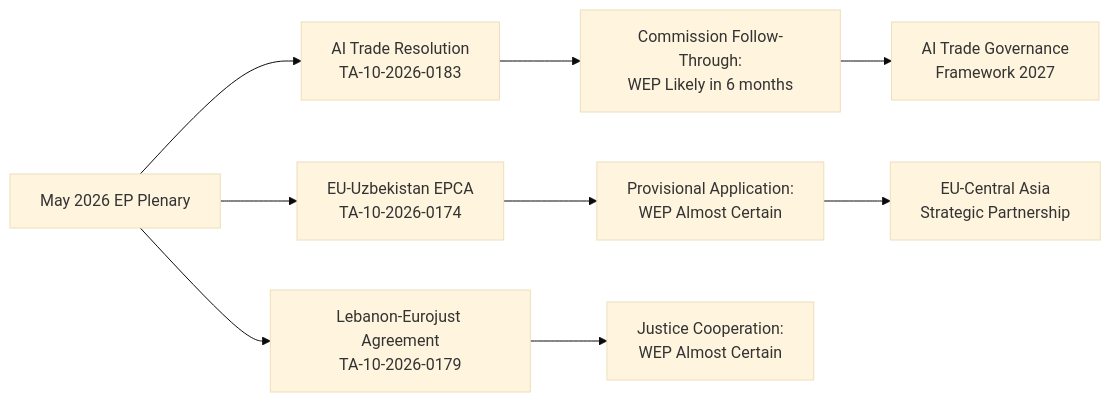
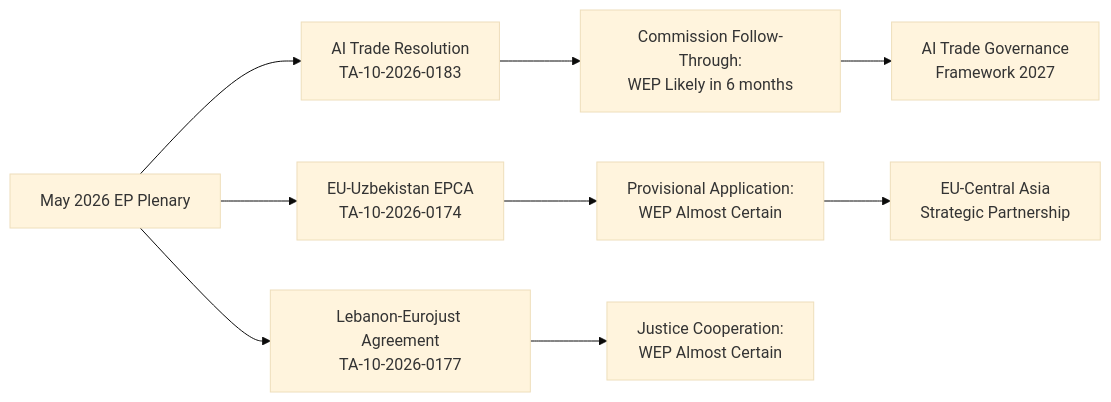
One commit to Hack23/euparliamentmonitor changed the diagram in analysis/daily/2026-05-22/breaking/intelligence/synthesis-summary.md. Above: the diagram before and after it, drawn with Mermaid (base theme). The commit also changed 10 other files, not shown here.

````diff
--- a/analysis/daily/2026-05-22/breaking/intelligence/synthesis-summary.md
+++ b/analysis/daily/2026-05-22/breaking/intelligence/synthesis-summary.md
@@ -134,11 +134,11 @@
 ```mermaid
 graph LR
     A[May 2026 EP Plenary] --> B[AI Trade Resolution<br/>TA-10-2026-0183]
     A --> C[EU-Uzbekistan EPCA<br/>TA-10-2026-0174]
-    A --> D[Lebanon-Eurojust Agreement<br/>TA-10-2026-0179]
+    A --> D[Lebanon-Eurojust Agreement<br/>TA-10-2026-0177]
     B --> E[Commission Follow-Through:<br/>WEP Likely in 6 months]
     C --> F[Provisional Application:<br/>WEP Almost Certain]
     D --> G[Justice Cooperation:<br/>WEP Almost Certain]
     E --> H[AI Trade Governance<br/>Framework 2027]
     F --> I[EU-Central Asia<br/>Strategic Partnership]
 ```
````
